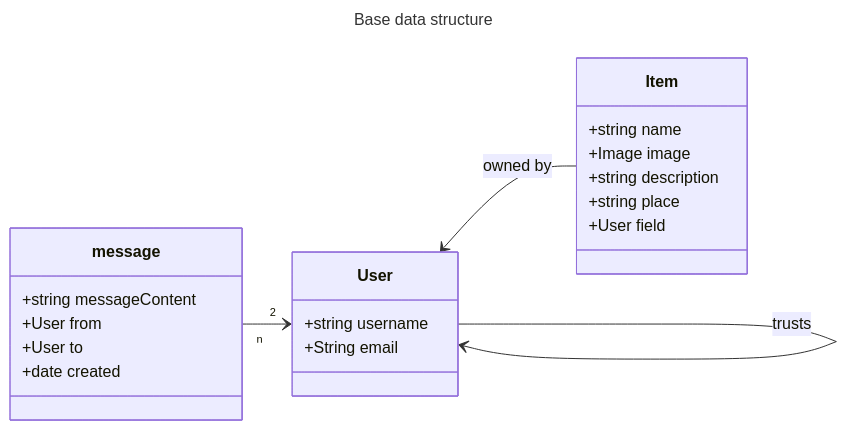
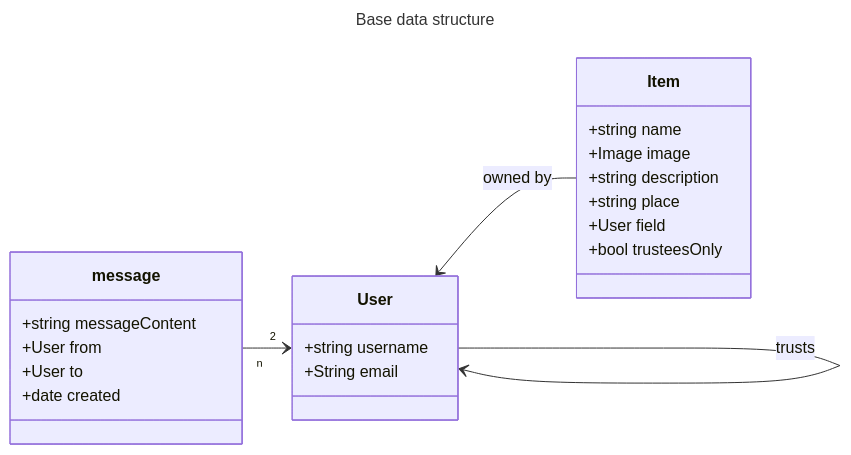
The diagram in docs/domain-model.md (share-open-sharing-infrastructure/share-mvp), drawn with Mermaid before and after one commit. The commit also changed other lines of this file and 2 other files, not shown here.

````diff
--- a/docs/domain-model.md
+++ b/docs/domain-model.md
@@ -5,30 +5,31 @@
 ```mermaid
 ---
 title: Base data structure
 ---
 classDiagram
     direction LR
 
     class User{
         +string username
         +String email
     }
     User --> User : trusts
 
     class Item{
         +string name
         +Image image
         +string description
         +string place
         +User field <!-- this is currently misnamed, have to adapt in DB and then in code -->
+        +bool trusteesOnly
     }
     User <-- Item : owned by
 
     class message{
         +string messageContent
         +User from
         +User to
         +date created
     }
     message "n" --> "2" User
 ```
````
